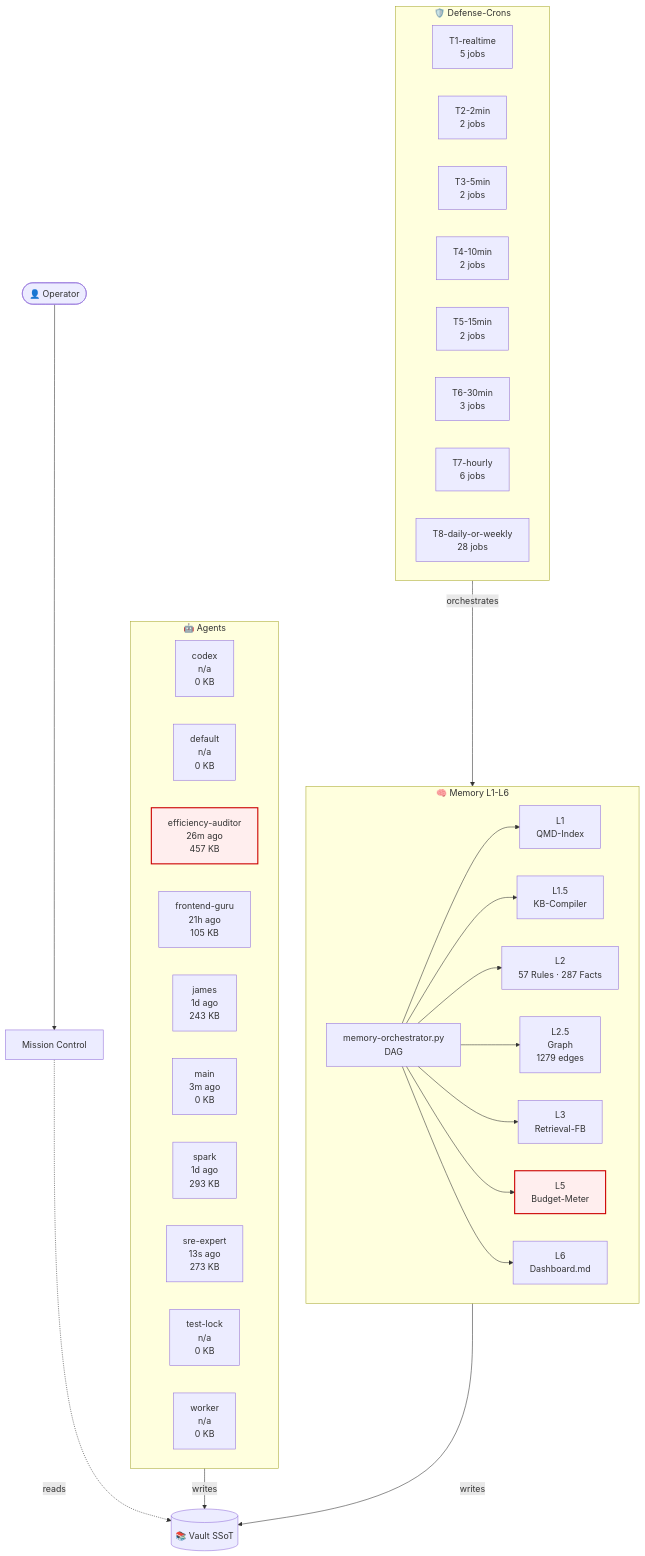
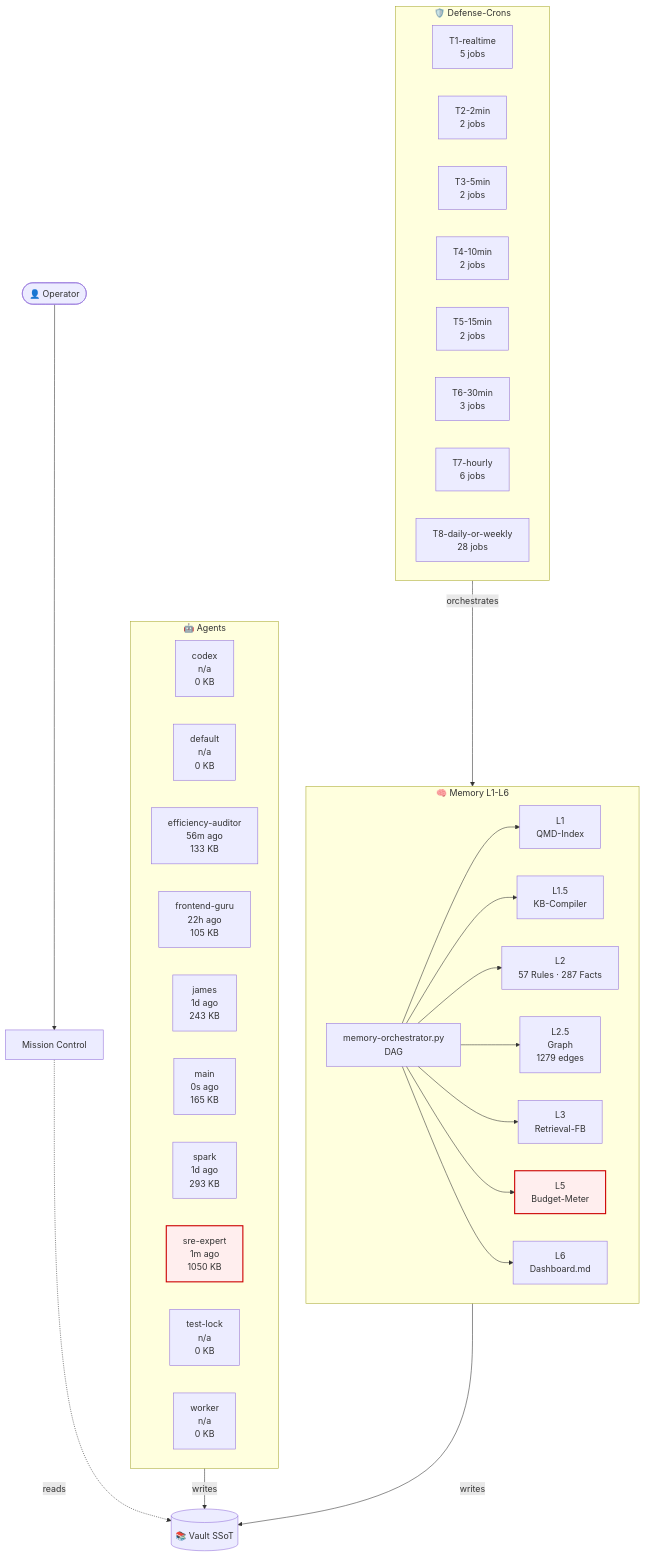
The diagram in 03-Agents/architecture-live.md (lenardhuebner88-rgb/openclaw-memory), drawn with Mermaid before and after one commit. The commit also changed other lines of this file and 18 other files, not shown here.

````diff
--- a/03-Agents/architecture-live.md
+++ b/03-Agents/architecture-live.md
@@ -18,53 +18,53 @@
 ```mermaid
 flowchart TB
     classDef critical fill:#fee,stroke:#c00,stroke-width:2px;
     subgraph AGT["🤖 Agents"]
         agent_codex["codex<br/>n/a<br/>0 KB"]
         agent_default["default<br/>n/a<br/>0 KB"]
-        agent_efficiency_auditor["efficiency-auditor<br/>26m ago<br/>457 KB"]
-        agent_frontend_guru["frontend-guru<br/>21h ago<br/>105 KB"]
+        agent_efficiency_auditor["efficiency-auditor<br/>56m ago<br/>133 KB"]
+        agent_frontend_guru["frontend-guru<br/>22h ago<br/>105 KB"]
         agent_james["james<br/>1d ago<br/>243 KB"]
-        agent_main["main<br/>3m ago<br/>0 KB"]
+        agent_main["main<br/>0s ago<br/>165 KB"]
         agent_spark["spark<br/>1d ago<br/>293 KB"]
-        agent_sre_expert["sre-expert<br/>13s ago<br/>273 KB"]
+        agent_sre_expert["sre-expert<br/>1m ago<br/>1050 KB"]
         agent_test_lock["test-lock<br/>n/a<br/>0 KB"]
         agent_worker["worker<br/>n/a<br/>0 KB"]
     end
     subgraph MEM["🧠 Memory L1-L6"]
         L1["L1<br/>QMD-Index"]
         L15["L1.5<br/>KB-Compiler"]
         L2["L2<br/>57 Rules · 287 Facts"]
         L25["L2.5<br/>Graph<br/>1279 edges"]
         L3["L3<br/>Retrieval-FB"]
         L5["L5<br/>Budget-Meter"]
         L6["L6<br/>Dashboard.md"]
         ORCH["memory-orchestrator.py<br/>DAG"]
     end
     subgraph CRN["🛡️ Defense-Crons"]
         tier_T1_realtime["T1-realtime<br/>5 jobs"]
         tier_T2_2min["T2-2min<br/>2 jobs"]
         tier_T3_5min["T3-5min<br/>2 jobs"]
         tier_T4_10min["T4-10min<br/>2 jobs"]
         tier_T5_15min["T5-15min<br/>2 jobs"]
         tier_T6_30min["T6-30min<br/>3 jobs"]
         tier_T7_hourly["T7-hourly<br/>6 jobs"]
         tier_T8_daily_or_weekly["T8-daily-or-weekly<br/>28 jobs"]
     end
     VAULT[("📚 Vault SSoT")]
     OP([👤 Operator])
     MC["Mission Control"]
     OP --> MC
     MC -.reads.-> VAULT
     AGT -->|writes| VAULT
     MEM -->|writes| VAULT
     ORCH --> L1
     ORCH --> L15
     ORCH --> L2
     ORCH --> L25
     ORCH --> L3
     ORCH --> L5
     ORCH --> L6
     CRN -->|orchestrates| MEM
     class L5 critical
-    class agent_efficiency_auditor critical
+    class agent_sre_expert critical
 ```
````
